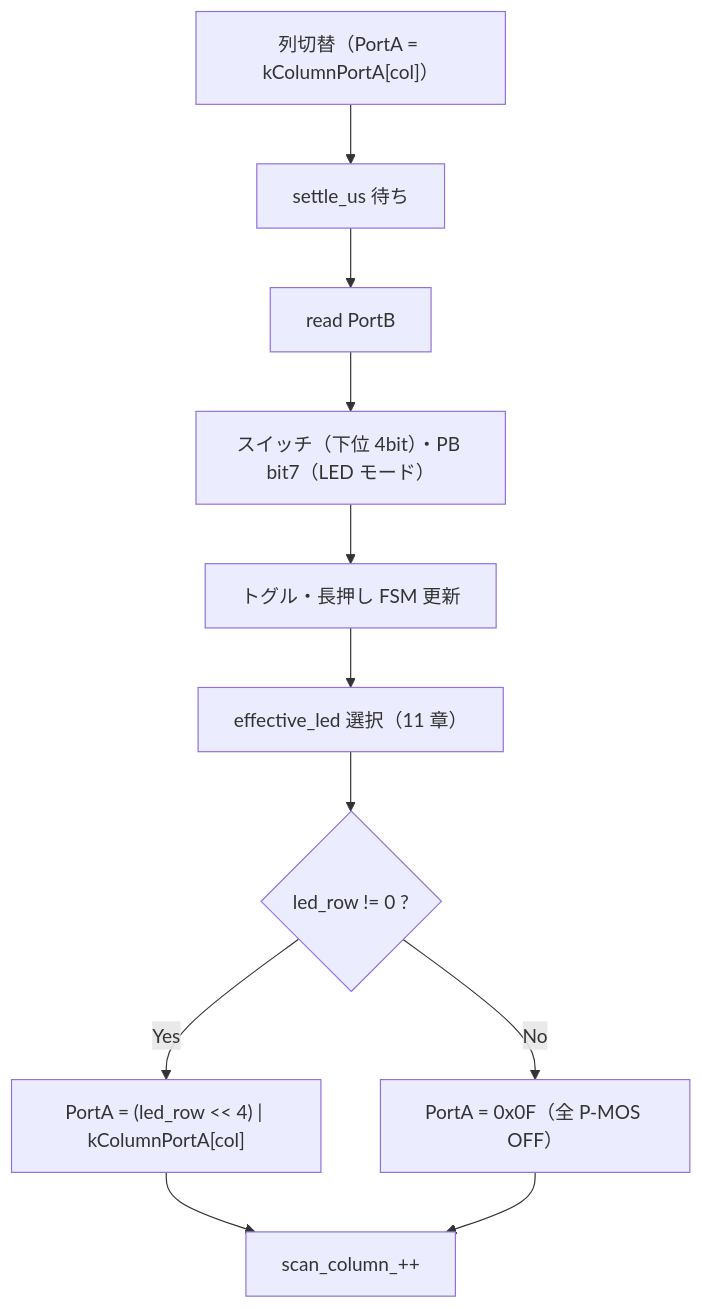
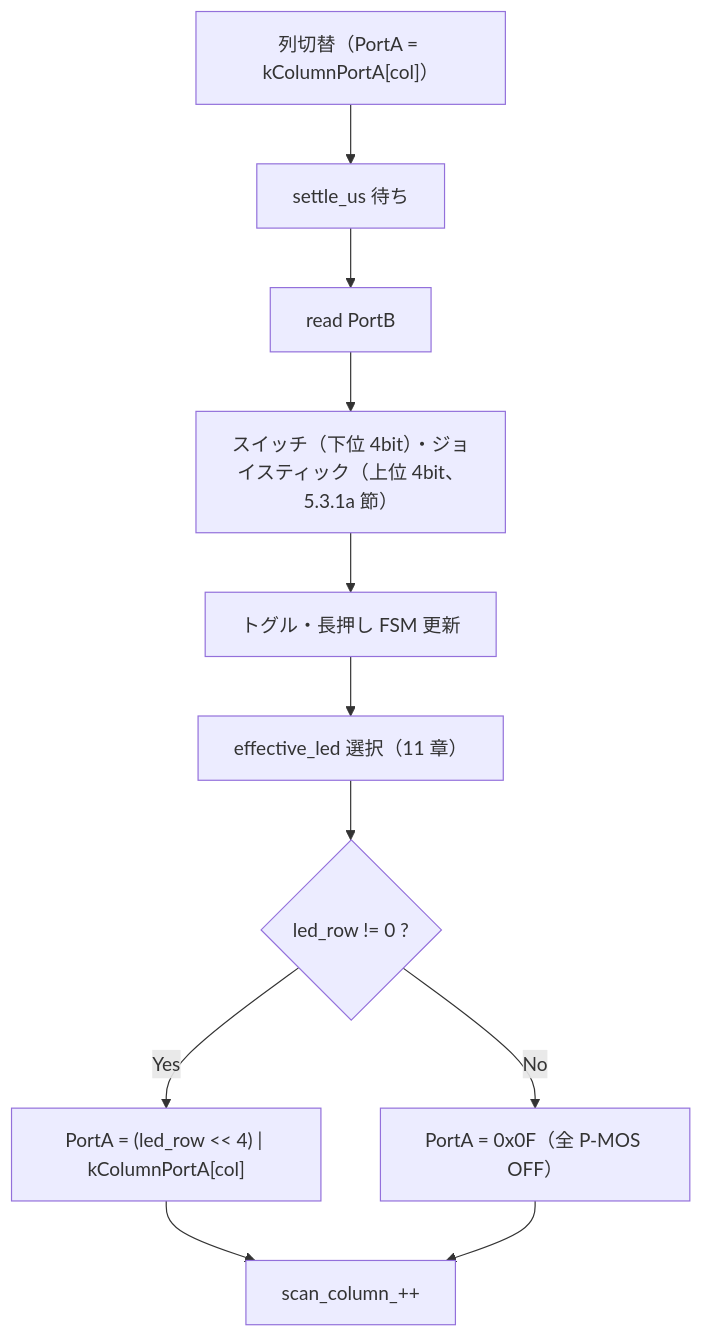
Before and after one commit to 46nori/FMSynthEnsembleV3: the third of 6 diagrams in doc/design_midi_panel.md, drawn with Mermaid. The commit also changed other lines of this file and 65 other files, not shown here.

````diff
--- a/doc/design_midi_panel.md
+++ b/doc/design_midi_panel.md
@@ -210,13 +236,13 @@
 ```mermaid
 flowchart TD
     A["列切替（PortA = kColumnPortA[col]）"] --> B["settle_us 待ち"]
     B --> C["read PortB"]
-    C --> D["スイッチ（下位 4bit）・PB bit7（LED モード）"]
+    C --> D["スイッチ（下位 4bit）・ジョイスティック（上位 4bit、5.3.1a 節）"]
     D --> E["トグル・長押し FSM 更新"]
     E --> F["effective_led 選択（11 章）"]
     F --> G{"led_row != 0 ?"}
     G -- Yes --> H["PortA = (led_row << 4) | kColumnPortA[col]"]
     G -- No --> I["PortA = 0x0F（全 P-MOS OFF）"]
     H --> J["scan_column_++"]
     I --> J
 ```
````
